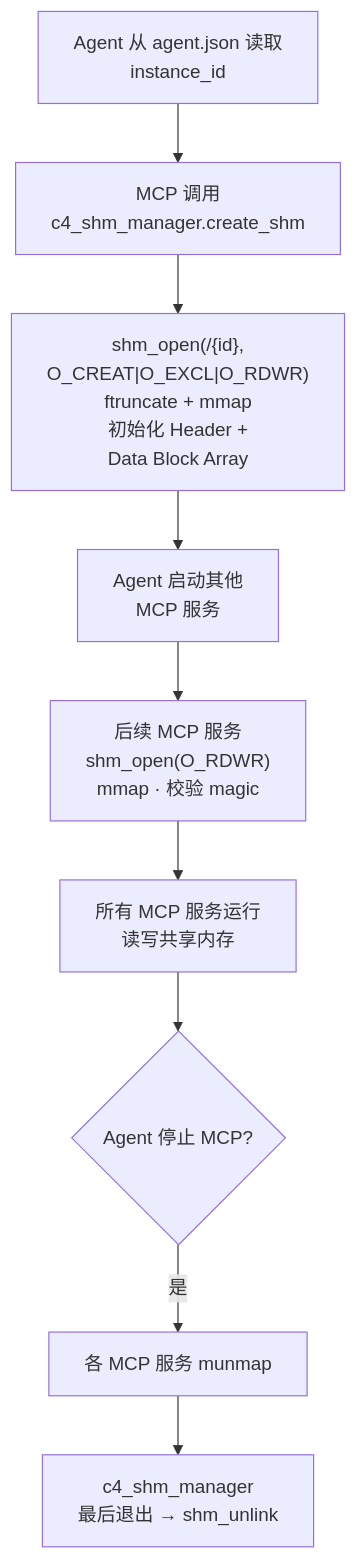
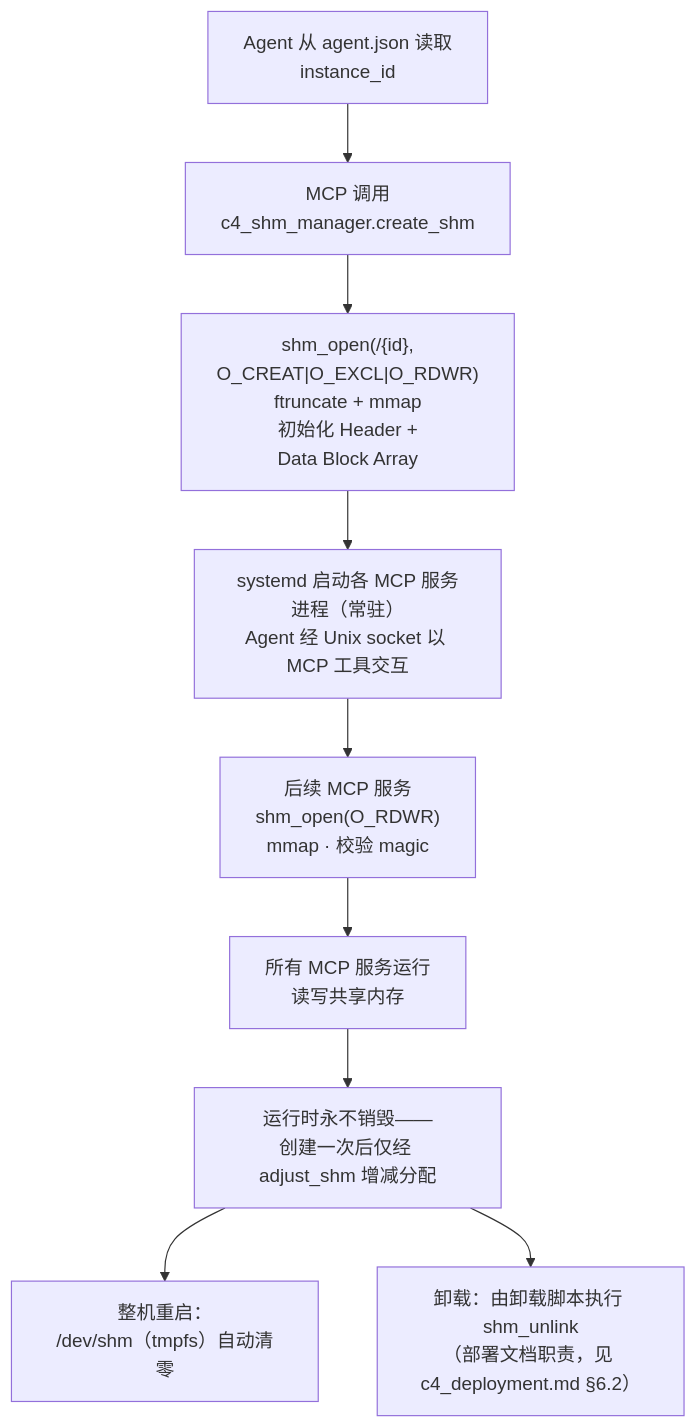
The first of 9 diagrams in docs/design/c4_shm_manager.md (activesys/c4), drawn with Mermaid before and after one commit. The commit also changed other lines of this file and 15 other files, not shown here.

First line of the commit message:
docs(design): Agent/MCP 独立系统服务架构变更——unix socket MCP 通信与事务/恢复协议

````diff
--- a/docs/design/c4_shm_manager.md
+++ b/docs/design/c4_shm_manager.md
@@ -50,11 +51,11 @@
 ```mermaid
 flowchart TD
     A["Agent 从 agent.json 读取<br/>instance_id"] --> B["MCP 调用<br/>c4_shm_manager.create_shm"]
     B --> C["shm_open(/{id},<br/>O_CREAT|O_EXCL|O_RDWR)<br/>ftruncate + mmap<br/>初始化 Header +<br/>Data Block Array"]
-    C --> D["Agent 启动其他<br/>MCP 服务"]
+    C --> D["systemd 启动各 MCP 服务进程（常驻）<br/>Agent 经 Unix socket 以 MCP 工具交互"]
     D --> E["后续 MCP 服务<br/>shm_open(O_RDWR)<br/>mmap · 校验 magic"]
     E --> F["所有 MCP 服务运行<br/>读写共享内存"]
-    F --> G{"Agent 停止 MCP?"}
-    G -->|"是"| H["各 MCP 服务 munmap"]
-    H --> I["c4_shm_manager<br/>最后退出 → shm_unlink"]
+    F --> G["运行时永不销毁——<br/>创建一次后仅经 adjust_shm 增减分配"]
+    G --> H["整机重启：<br/>/dev/shm（tmpfs）自动清零"]
+    G --> I["卸载：由卸载脚本执行 shm_unlink<br/>（部署文档职责，见 c4_deployment.md §6.2）"]
 ```
````
